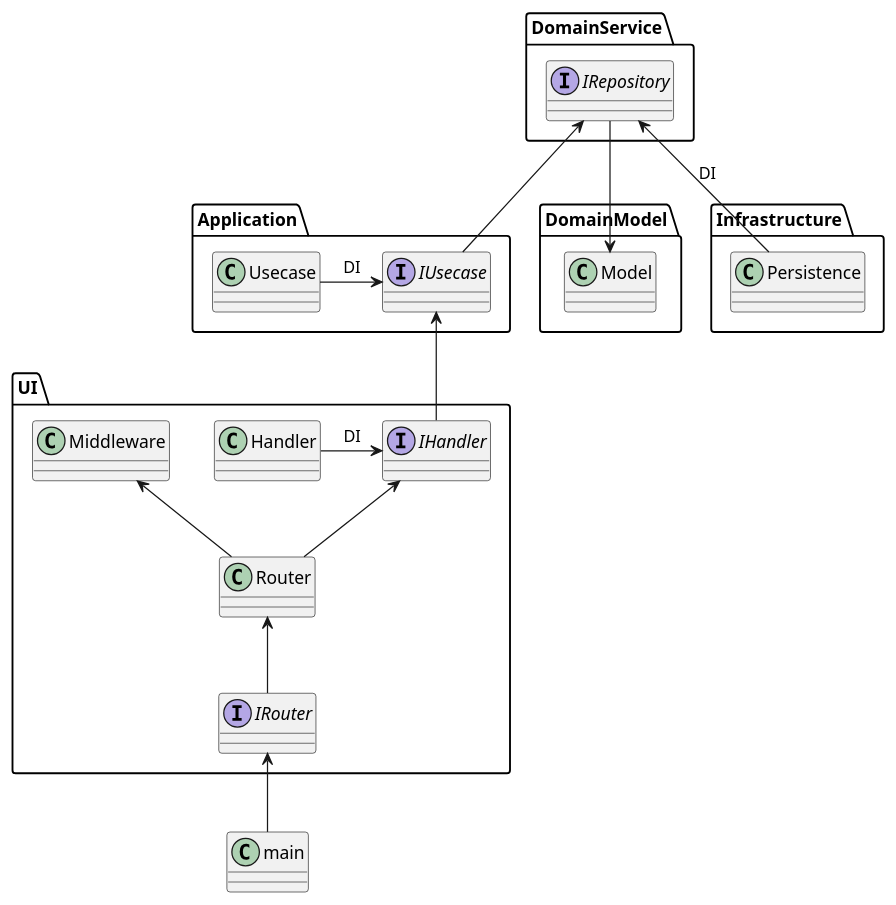
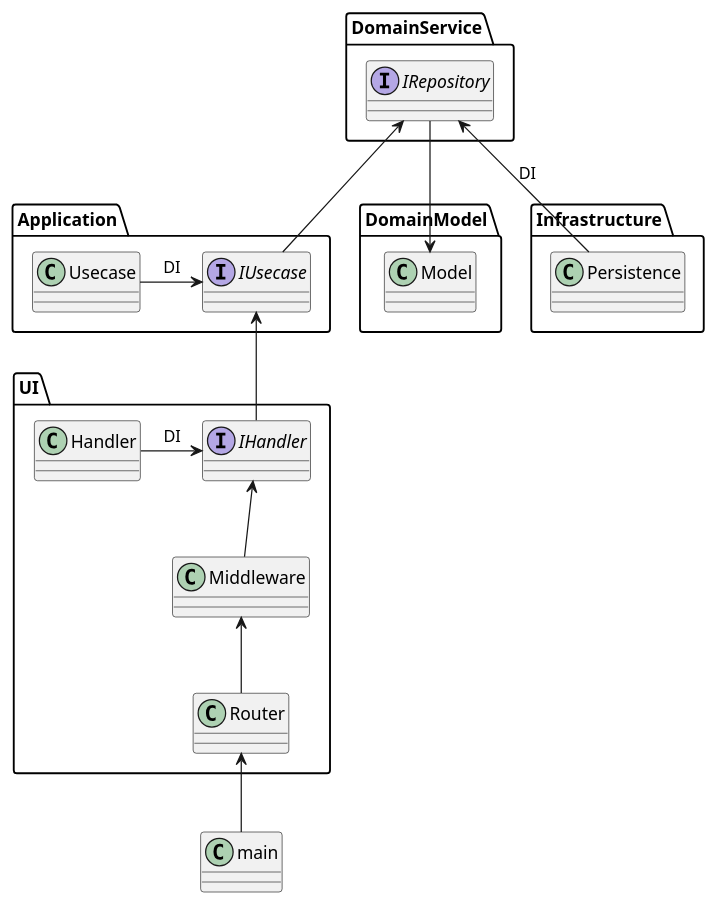
One commit to oshou/AwesomeMusic-api changed the diagram in docs/class.pu. Above: the diagram before and after it, drawn with PlantUML. The commit also changed 1 other file, not shown here.

```diff
--- a/docs/class.pu
+++ b/docs/class.pu
@@ -1,37 +1,35 @@
 @startuml
 package DomainModel {
   class Model
 }
 
 package DomainService {
   interface IRepository
 }
 
 package Application {
   class Usecase
   interface IUsecase
 }
 
 package Infrastructure {
   class Persistence
 }
 package UI {
-  interface IRouter
   class Router
   class Middleware
   interface IHandler
   class Handler
 }
 class main
 
 Model <-up- IRepository
 IUsecase -up-> IRepository
 Persistence -up-> IRepository: DI
 Usecase -right-> IUsecase: DI
 IHandler -up-> IUsecase
 Handler -right-> IHandler: DI
-Router -up-> IHandler
+Middleware -up-> IHandler
 Router -up-> Middleware
-IRouter -up-> Router
-main -up-> IRouter
+main -up-> Router
 @enduml
```
